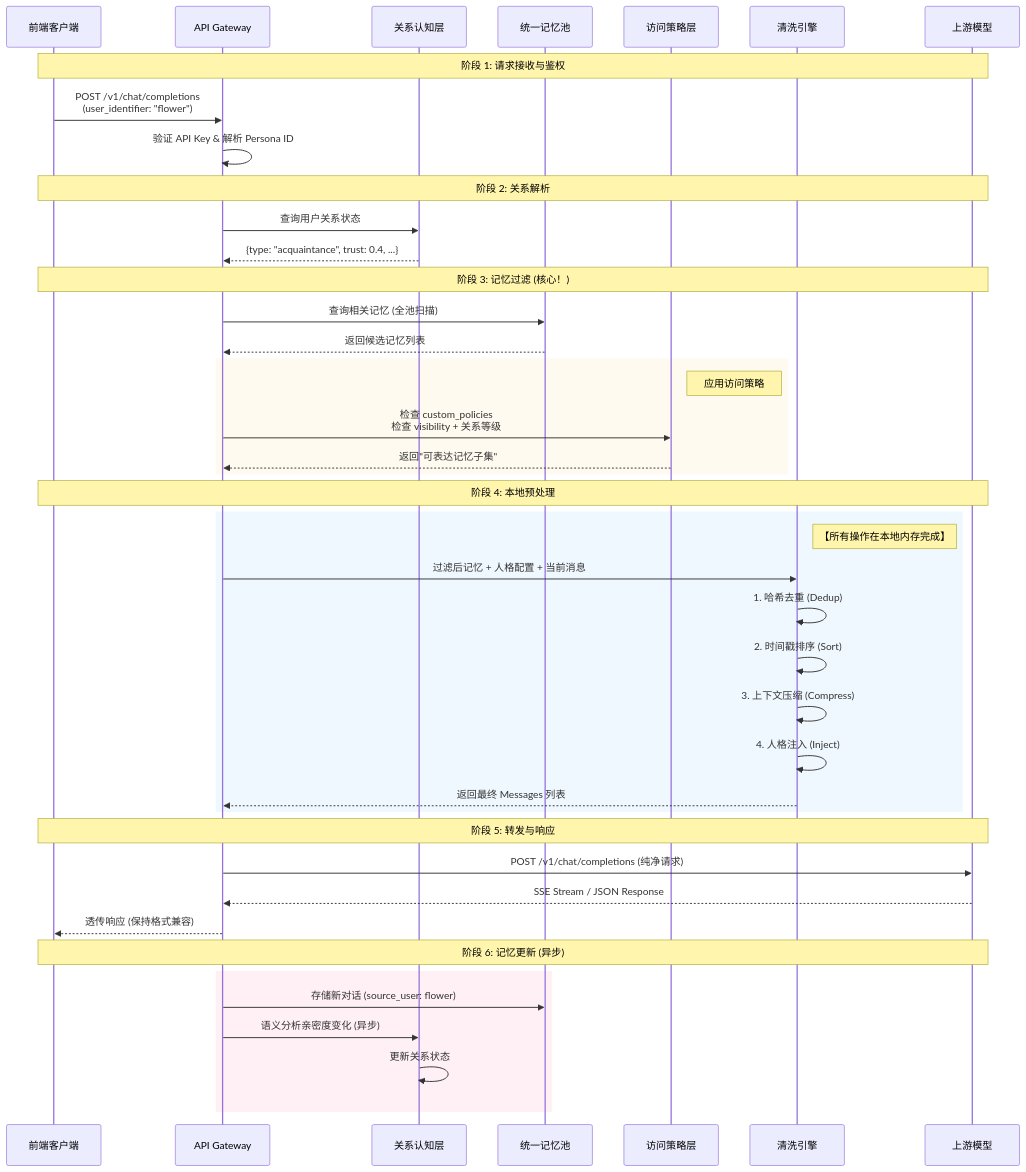
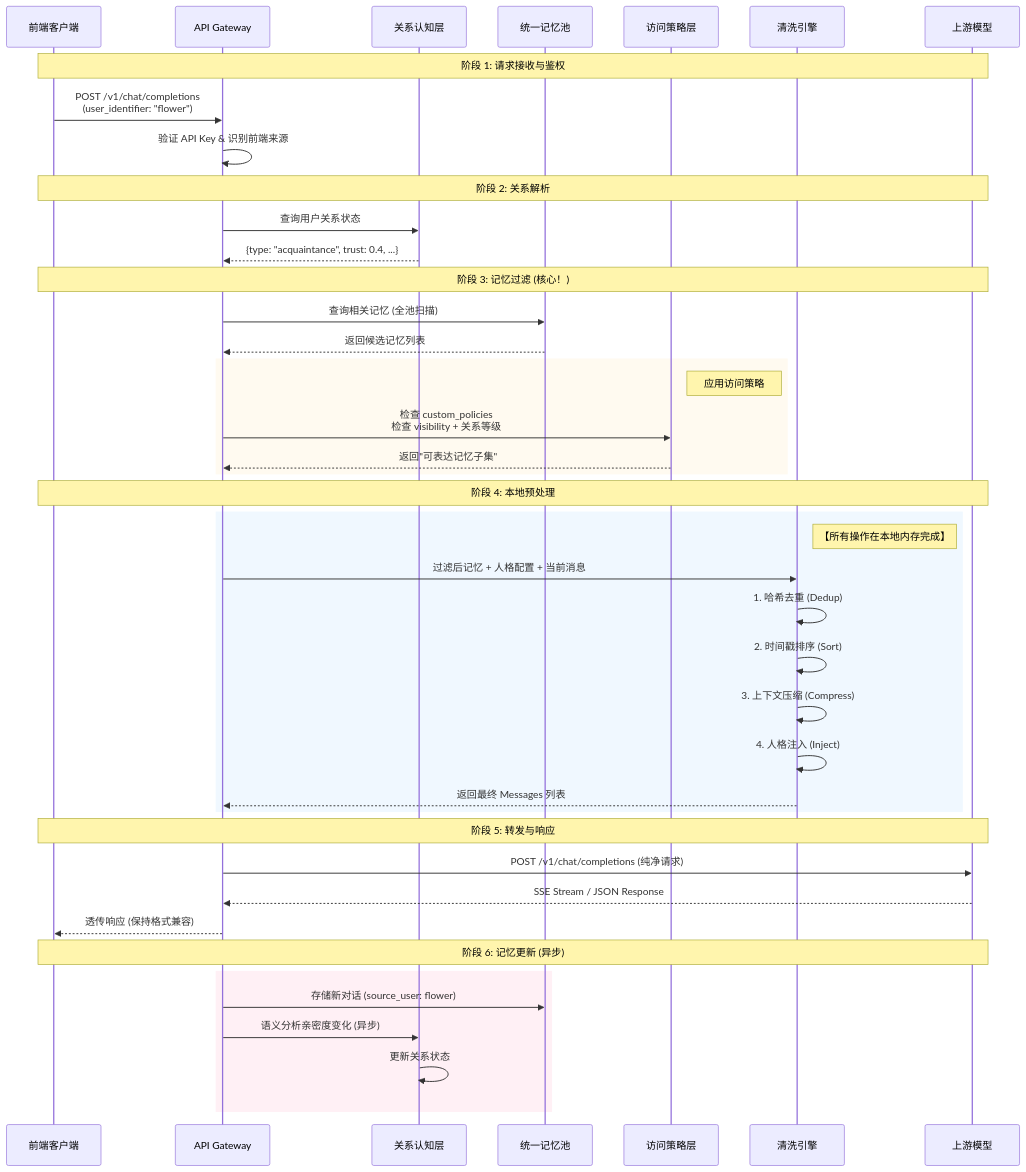
One commit to HarryHello/mnemosync changed the second of 2 diagrams in docs/architecture.md. Above: the diagram before and after it, drawn with Mermaid. The commit also changed other lines of this file and 3 other files, not shown here.

````diff
--- a/docs/architecture.md
+++ b/docs/architecture.md
@@ -117,51 +125,51 @@
 ```mermaid
 sequenceDiagram
     participant Client as 前端客户端
     participant Gateway as API Gateway
     participant Rel as 关系认知层
     participant Memory as 统一记忆池
     participant Policy as 访问策略层
     participant Pipeline as 清洗引擎
     participant Upstream as 上游模型
 
     Note over Client, Upstream: 阶段 1: 请求接收与鉴权
     Client->>Gateway: POST /v1/chat/completions<br/>(user_identifier: "flower")
-    Gateway->>Gateway: 验证 API Key & 解析 Persona ID
+    Gateway->>Gateway: 验证 API Key & 识别前端来源
 
     Note over Client, Upstream: 阶段 2: 关系解析
     Gateway->>Rel: 查询用户关系状态
     Rel-->>Gateway: {type: "acquaintance", trust: 0.4, ...}
 
     Note over Client, Upstream: 阶段 3: 记忆过滤 (核心！)
     Gateway->>Memory: 查询相关记忆 (全池扫描)
     Memory-->>Gateway: 返回候选记忆列表
 
     rect rgb(255, 250, 240)
         Note right of Policy: 应用访问策略
         Gateway->>Policy: 检查 custom_policies<br/>检查 visibility + 关系等级
         Policy-->>Gateway: 返回"可表达记忆子集"
     end
 
     Note over Client, Upstream: 阶段 4: 本地预处理
     rect rgb(240, 248, 255)
         Note right of Pipeline: 【所有操作在本地内存完成】
         Gateway->>Pipeline: 过滤后记忆 + 人格配置 + 当前消息
         Pipeline->>Pipeline: 1. 哈希去重 (Dedup)
         Pipeline->>Pipeline: 2. 时间戳排序 (Sort)
         Pipeline->>Pipeline: 3. 上下文压缩 (Compress)
         Pipeline->>Pipeline: 4. 人格注入 (Inject)
         Pipeline-->>Gateway: 返回最终 Messages 列表
     end
 
     Note over Client, Upstream: 阶段 5: 转发与响应
     Gateway->>Upstream: POST /v1/chat/completions (纯净请求)
     Upstream-->>Gateway: SSE Stream / JSON Response
     Gateway-->>Client: 透传响应 (保持格式兼容)
 
     Note over Client, Upstream: 阶段 6: 记忆更新 (异步)
     rect rgb(255, 240, 245)
         Gateway->>Memory: 存储新对话 (source_user: flower)
         Gateway->>Rel: 语义分析亲密度变化 (异步)
         Rel->>Rel: 更新关系状态
     end
 ```
````
